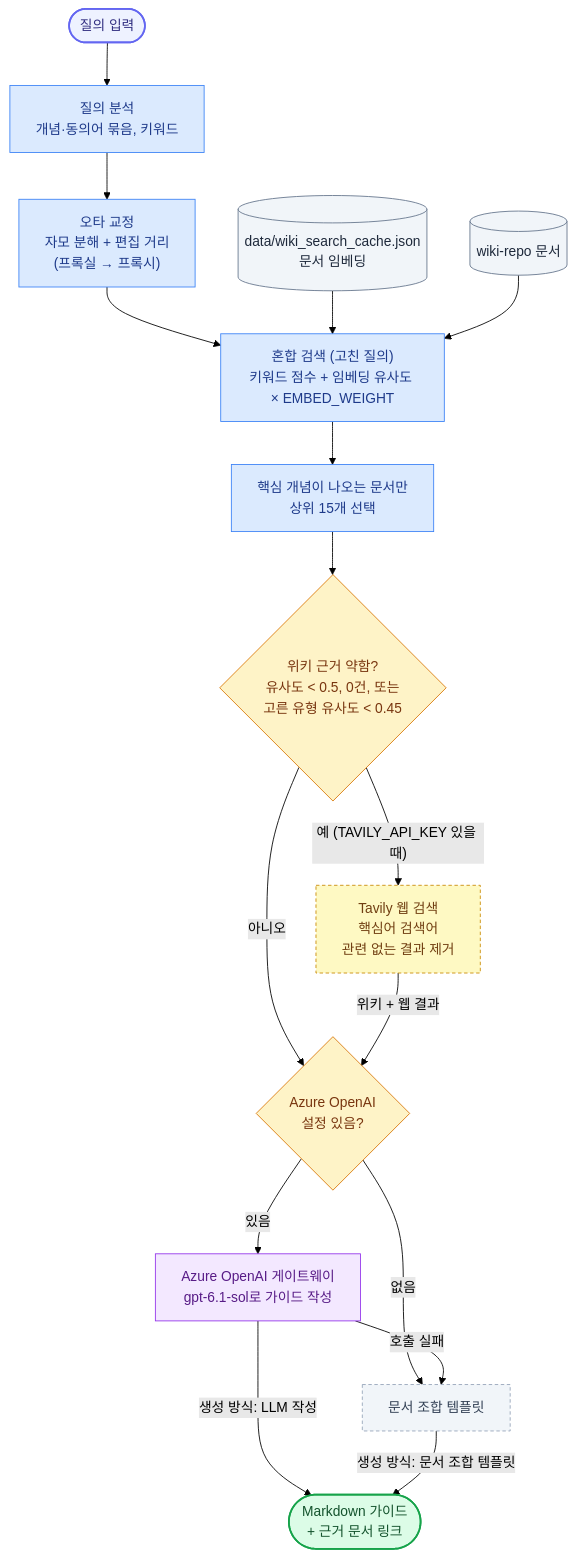
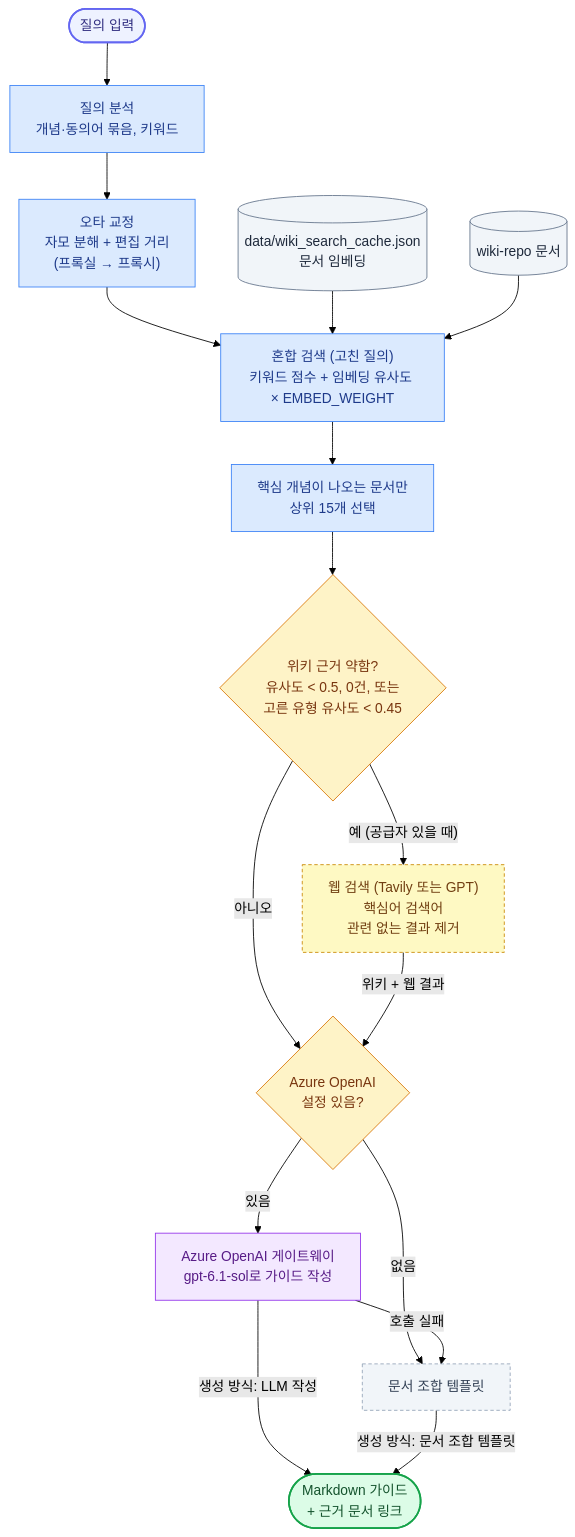
One commit to pcmola/ai-master changed the seventh of 10 diagrams in README.md. Above: the diagram before and after it, drawn with Mermaid (forest theme). The commit also changed other lines of this file and 2 other files, not shown here.

First line of the commit message:
웹 검색 공급자 선택: Tavily 외에 GPT 내장 웹 검색 추가

````diff
--- a/README.md
+++ b/README.md
@@ -669,36 +680,36 @@
 ```mermaid
 flowchart TD
     q(["질의 입력"]) --> analyze["질의 분석<br/>개념·동의어 묶음, 키워드"]
     analyze --> typo["오타 교정<br/>자모 분해 + 편집 거리<br/>(프록실 → 프록시)"]
     typo --> rank["혼합 검색 (고친 질의)<br/>키워드 점수 + 임베딩 유사도 × EMBED_WEIGHT"]
     cache[("data/wiki_search_cache.json<br/>문서 임베딩")] --> rank
     repo[("wiki-repo 문서")] --> rank
     rank --> filter["핵심 개념이 나오는 문서만<br/>상위 15개 선택"]
     filter --> weak{"위키 근거 약함?<br/>유사도 &lt; 0.5, 0건, 또는<br/>고른 유형 유사도 &lt; 0.45"}
-    weak -- "예 (TAVILY_API_KEY 있을 때)" --> web["Tavily 웹 검색<br/>핵심어 검색어<br/>관련 없는 결과 제거"]
+    weak -- "예 (공급자 있을 때)" --> web["웹 검색 (Tavily 또는 GPT)<br/>핵심어 검색어<br/>관련 없는 결과 제거"]
     weak -- "아니오" --> llm{"Azure OpenAI<br/>설정 있음?"}
     web -- "위키 + 웹 결과" --> llm
     llm -- "있음" --> openai["Azure OpenAI 게이트웨이<br/>gpt-6.1-sol로 가이드 작성"]
     llm -- "없음" --> tpl["문서 조합 템플릿"]
     openai -- "호출 실패" --> tpl
     openai -- "생성 방식: LLM 작성" --> out(["Markdown 가이드<br/>+ 근거 문서 링크"])
     tpl -- "생성 방식: 문서 조합 템플릿" --> out
 
     classDef io fill:#EEF2FF,stroke:#6366F1,stroke-width:2px,color:#312E81
     classDef step fill:#DBEAFE,stroke:#3B82F6,color:#1E3A8A
     classDef store fill:#F1F5F9,stroke:#64748B,color:#1E293B
     classDef decide fill:#FEF3C7,stroke:#D97706,color:#78350F
     classDef llm fill:#F3E8FF,stroke:#9333EA,color:#581C87
     classDef webq fill:#FEF9C3,stroke:#CA8A04,stroke-dasharray:4 3,color:#713F12
     classDef fallback fill:#F1F5F9,stroke:#94A3B8,stroke-dasharray:4 3,color:#334155
     classDef done fill:#DCFCE7,stroke:#16A34A,stroke-width:2px,color:#14532D
     class q io
     class analyze,typo,rank,filter step
     class cache,repo store
     class weak decide
     class web webq
     class llm decide
     class openai llm
     class tpl fallback
     class out done
 ```
````
